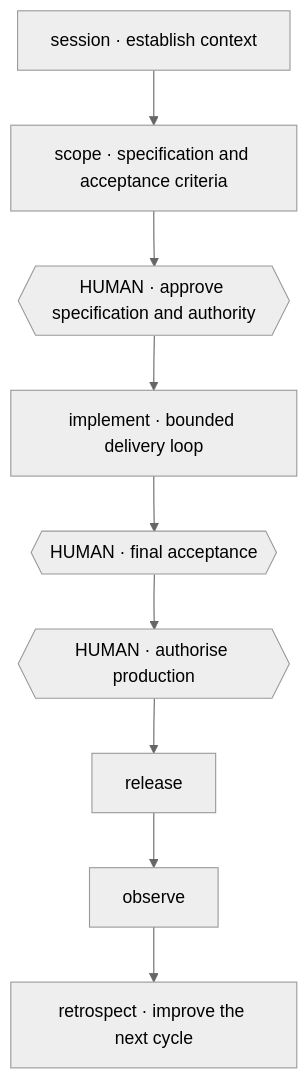
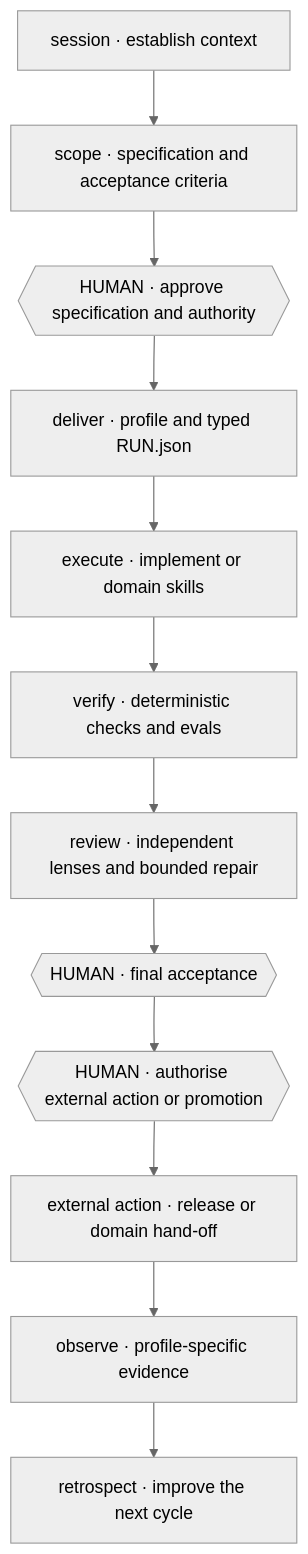
Before and after one commit to mblauberg/agent-harness: the diagram in README.md, drawn with Mermaid (neutral theme). The commit also changed other lines of this file and 98 other files, not shown here.

````diff
--- a/README.md
+++ b/README.md
@@ -59,13 +53,16 @@
 ```mermaid
 flowchart TB
     accTitle: Agent harness lifecycle
-    accDescr: Work moves from session context through human-approved scope, implementation and final acceptance to human-authorised release, observation and evidence-based improvement.
+    accDescr: Work moves from context and human-approved intent through a delivery profile, evidence, independent review and acceptance to separately authorised release, observation and improvement.
     S["session · establish context"] --> P["scope · specification and acceptance criteria"]
     P --> H1{{"HUMAN · approve specification and authority"}}
-    H1 --> I["implement · bounded delivery loop"]
-    I --> H2{{"HUMAN · final acceptance"}}
-    H2 --> H3{{"HUMAN · authorise production"}}
-    H3 --> L["release"]
-    L --> O["observe"]
+    H1 --> D["deliver · profile and typed RUN.json"]
+    D --> X["execute · implement or domain skills"]
+    X --> V["verify · deterministic checks and evals"]
+    V --> R["review · independent lenses and bounded repair"]
+    R --> H2{{"HUMAN · final acceptance"}}
+    H2 --> H3{{"HUMAN · authorise external action or promotion"}}
+    H3 --> L["external action · release or domain hand-off"]
+    L --> O["observe · profile-specific evidence"]
     O --> T["retrospect · improve the next cycle"]
 ```
````
